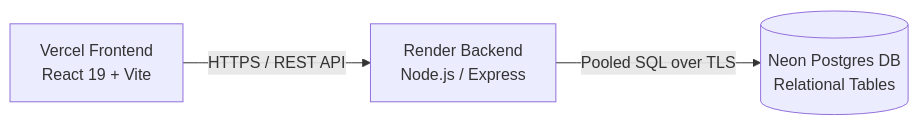
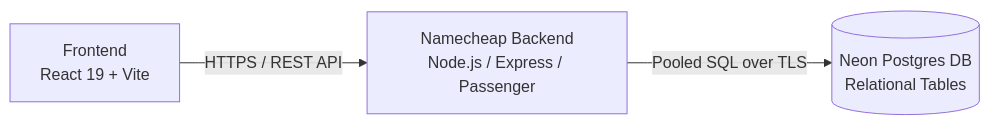
Before and after one commit to cyprian-c/nrb-fit: the diagram in README.md, drawn with Mermaid. The commit also changed other lines of this file and 17 other files, not shown here.

````diff
--- a/README.md
+++ b/README.md
@@ -18,5 +19,5 @@
 ```mermaid
 graph LR
-  Client[Vercel Frontend<br/>React 19 + Vite] -->|HTTPS / REST API| Server[Render Backend<br/>Node.js / Express]
+  Client[Frontend<br/>React 19 + Vite] -->|HTTPS / REST API| Server[Namecheap Backend<br/>Node.js / Express / Passenger]
   Server -->|Pooled SQL over TLS| DB[(Neon Postgres DB<br/>Relational Tables)]
 ```
````
